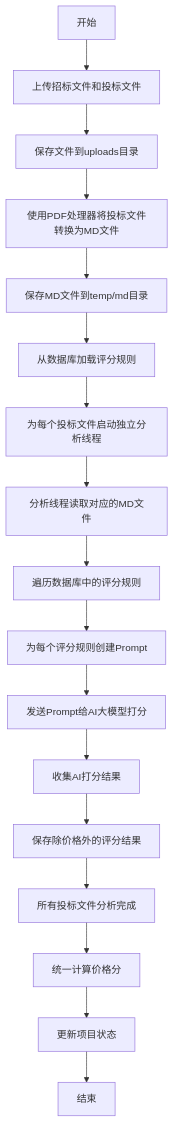
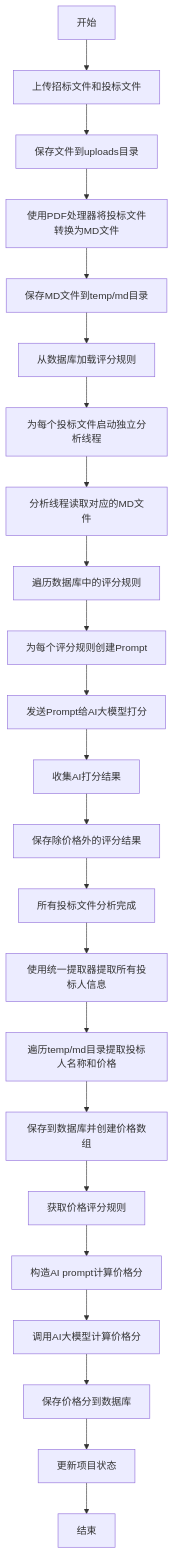
The diagram in docs/README.md (zhd5258/AI_env2), drawn with Mermaid before and after one commit. The commit also changed other lines of this file and 36 other files, not shown here.

````diff
--- a/docs/README.md
+++ b/docs/README.md
@@ -34,19 +34,25 @@
 ```mermaid
 graph TD
     A[开始] --> B[上传招标文件和投标文件]
     B --> C[保存文件到uploads目录]
     C --> D[使用PDF处理器将投标文件转换为MD文件]
     D --> E[保存MD文件到temp/md目录]
     E --> F[从数据库加载评分规则]
     F --> G[为每个投标文件启动独立分析线程]
     G --> H[分析线程读取对应的MD文件]
     H --> I[遍历数据库中的评分规则]
     I --> J[为每个评分规则创建Prompt]
     J --> K[发送Prompt给AI大模型打分]
     K --> L[收集AI打分结果]
     L --> M[保存除价格外的评分结果]
     M --> N[所有投标文件分析完成]
-    N --> O[统一计算价格分]
-    O --> P[更新项目状态]
-    P --> Q[结束]
+    N --> O[使用统一提取器提取所有投标人信息]
+    O --> P[遍历temp/md目录提取投标人名称和价格]
+    P --> Q[保存到数据库并创建价格数组]
+    Q --> R[获取价格评分规则]
+    R --> S[构造AI prompt计算价格分]
+    S --> T[调用AI大模型计算价格分]
+    T --> U[保存价格分到数据库]
+    U --> V[更新项目状态]
+    V --> W[结束]
 ```
````
